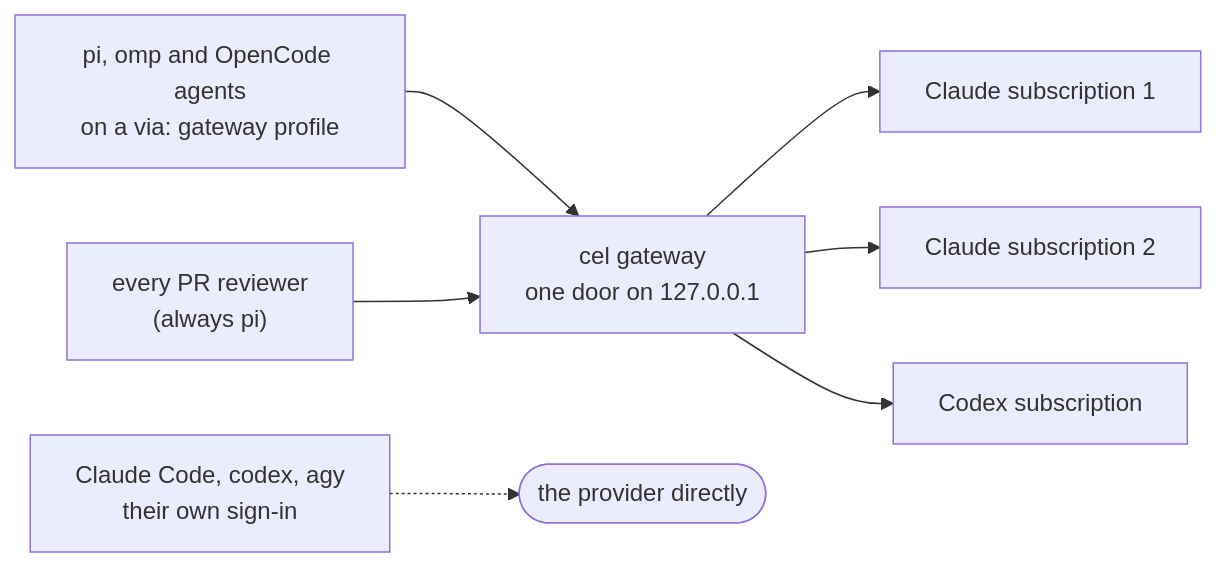
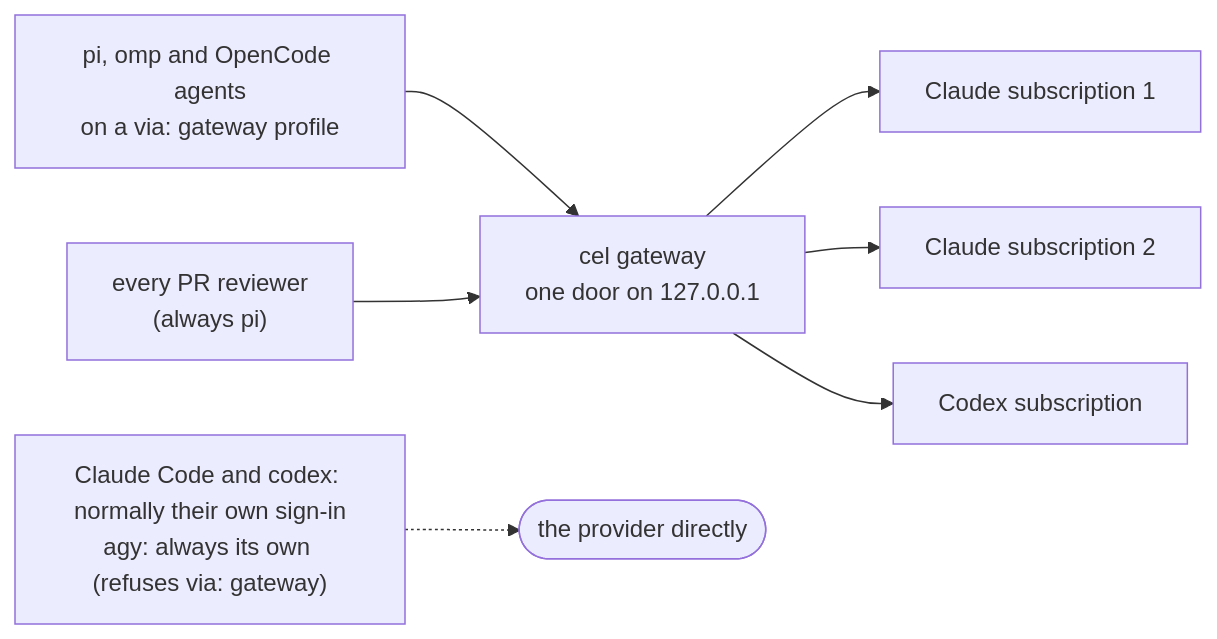
The second of 2 diagrams in README.md (geoffwellman/celestial), drawn with Mermaid before and after one commit. The commit also changed other lines of this file and 5 other files, not shown here.

Commit message:
dash: the urgent badge never wraps (nowrap, flex:none; tested beside a long title); retaken hero; Claude Code and codex normally use their own sign-in (AH-261127)

````diff
--- a/README.md
+++ b/README.md
@@ -135,9 +135,9 @@
 ```mermaid
 flowchart LR
   via["pi, omp and OpenCode agents<br/>on a via: gateway profile"] --> gw["cel gateway<br/>one door on 127.0.0.1"]
   rev["every PR reviewer<br/>(always pi)"] --> gw
-  own["Claude Code, codex, agy<br/>their own sign-in"] -.-> direct(["the provider directly"])
+  own["Claude Code and codex: normally their own sign-in<br/>agy: always its own (refuses via: gateway)"] -.-> direct(["the provider directly"])
   gw --> c1["Claude subscription 1"]
   gw --> c2["Claude subscription 2"]
   gw --> cx["Codex subscription"]
 ```
````
